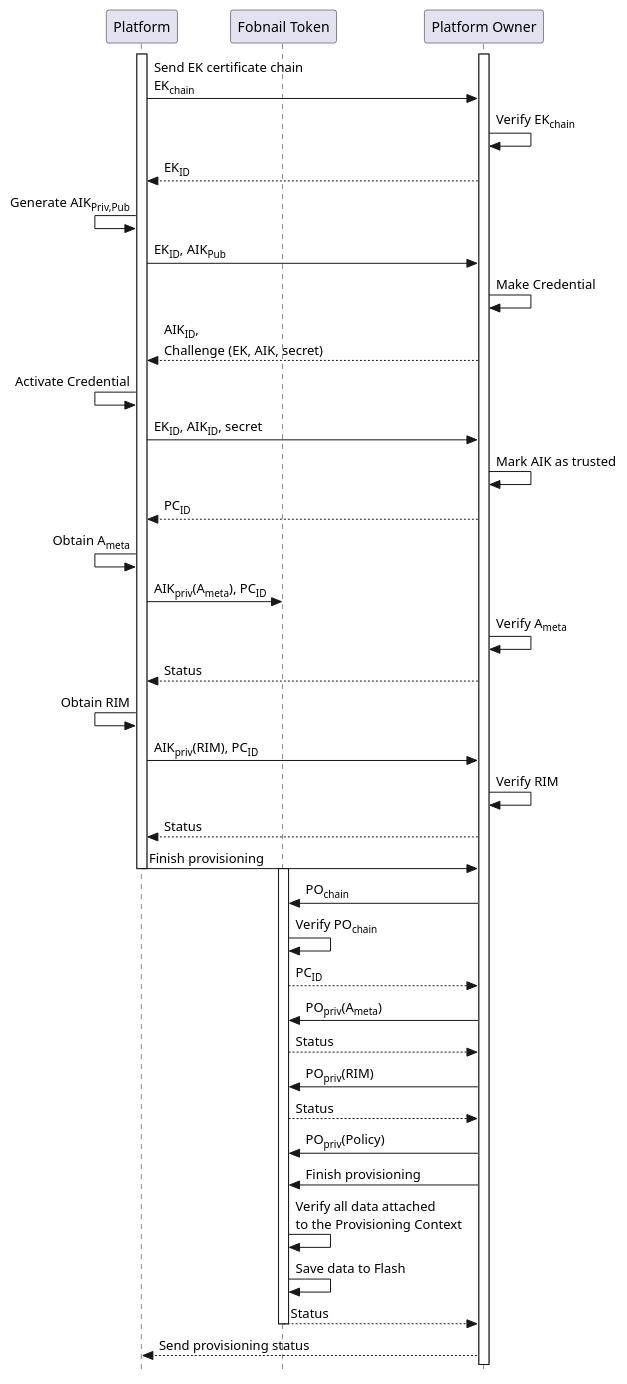
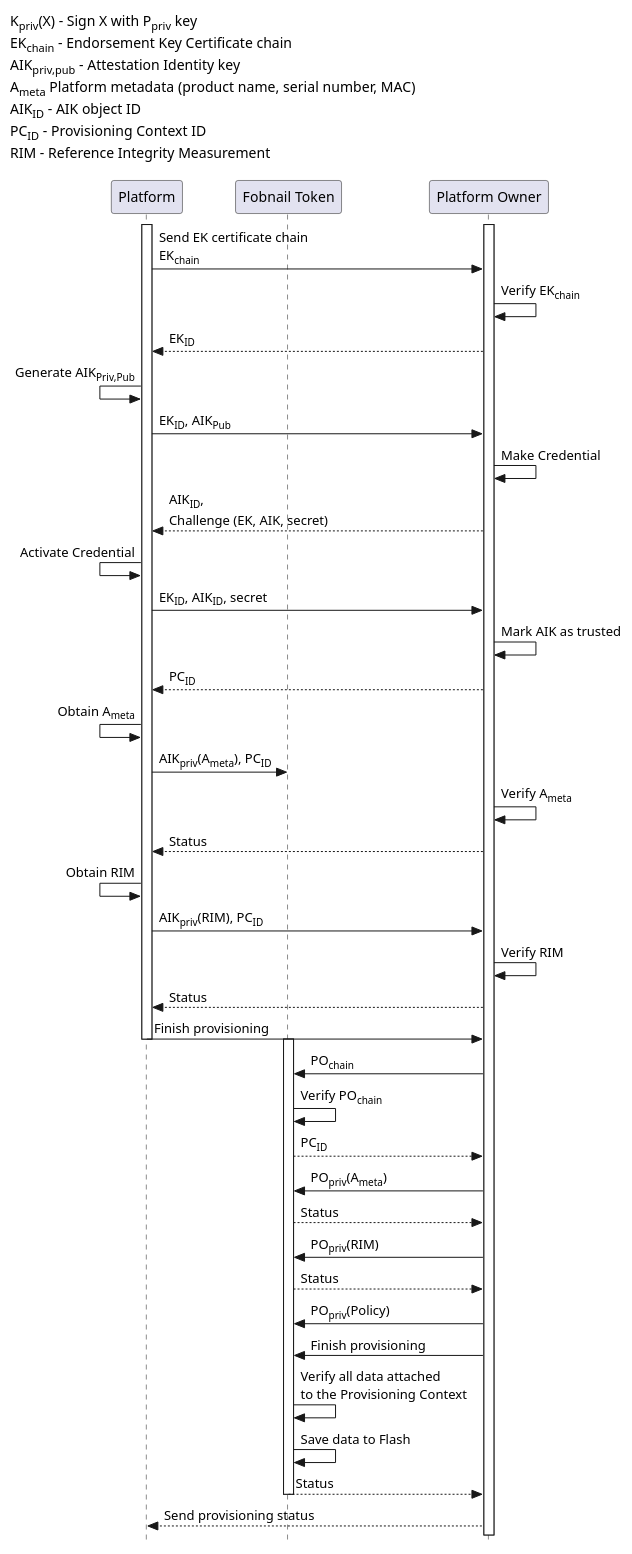
One commit to fobnail/docs changed the diagram in rfcs/img/remote-platform-provisioning.puml. Above: the diagram before and after it, drawn with PlantUML. The commit also changed 2 other files, not shown here.

Commit message:
rfcs/0001-fobnail-architecture-change.md: fixes

```diff
--- a/rfcs/img/remote-platform-provisioning.puml
+++ b/rfcs/img/remote-platform-provisioning.puml
@@ -1,52 +1,64 @@
-@startuml Fobnail Local Platform Provisioning
+@startuml Fobnail Remote Platform Provisioning
 
+skinparam LegendBorderThickness 0
+skinparam LegendBackgroundColor #white
 skinparam style strictuml
 participant "Platform"
 participant "Fobnail Token" as FT
 participant "Platform Owner" as PO
+
+legend top left
+    K<sub>priv</sub>(X) - Sign X with P<sub>priv</sub> key
+    EK<sub>chain</sub> - Endorsement Key Certificate chain
+    AIK<sub>priv,pub</sub> - Attestation Identity key
+    A<sub>meta</sub> Platform metadata (product name, serial number, MAC)
+    AIK<sub>ID</sub> - AIK object ID
+    PC<sub>ID</sub> - Provisioning Context ID
+    RIM - Reference Integrity Measurement
+endlegend
 
 activate Platform
 activate PO
 
 Platform -> PO: Send EK certificate chain\nEK<sub>chain</sub>
 PO -> PO: Verify EK<sub>chain</sub>
 PO --> Platform: EK<sub>ID</sub>
 Platform <- Platform: Generate AIK<sub>Priv,Pub</sub>
 Platform -> PO: EK<sub>ID</sub>, AIK<sub>Pub</sub>
 PO -> PO: Make Credential
 PO --> Platform: AIK<sub>ID</sub>,\nChallenge (EK, AIK, secret)
 Platform <- Platform: Activate Credential
 Platform -> PO: EK<sub>ID</sub>, AIK<sub>ID</sub>, secret
 PO -> PO: Mark AIK as trusted
 PO --> Platform: PC<sub>ID</sub>
 Platform <- Platform: Obtain A<sub>meta</sub>
 Platform -> FT: AIK<sub>priv</sub>(A<sub>meta</sub>), PC<sub>ID</sub>
 PO -> PO: Verify A<sub>meta</sub>
 PO --> Platform: Status
 Platform <- Platform: Obtain RIM
 Platform -> PO: AIK<sub>priv</sub>(RIM), PC<sub>ID</sub>
 PO -> PO: Verify RIM
 PO --> Platform: Status
 Platform -> PO: Finish provisioning
 
 deactivate Platform
 activate FT
 
 PO -> FT: PO<sub>chain</sub>
 FT -> FT: Verify PO<sub>chain</sub>
 FT --> PO: PC<sub>ID</sub>
 PO -> FT: PO<sub>priv</sub>(A<sub>meta</sub>)
 FT --> PO: Status
 PO -> FT: PO<sub>priv</sub>(RIM)
 FT --> PO: Status
 PO -> FT: PO<sub>priv</sub>(Policy)
 PO -> FT: Finish provisioning
 FT -> FT: Verify all data attached\nto the Provisioning Context
 FT -> FT: Save data to Flash
 FT --> PO: Status
 
 deactivate FT
 
 PO --> Platform: Send provisioning status
 
 @enduml
```
